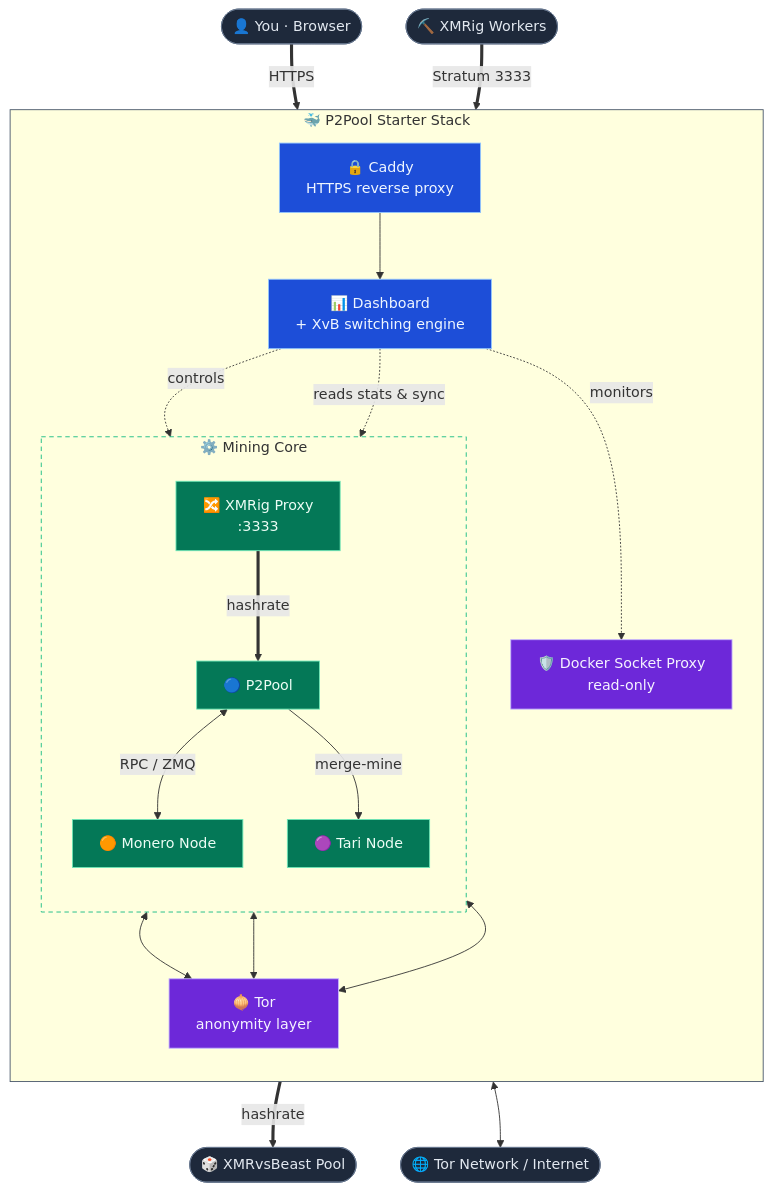
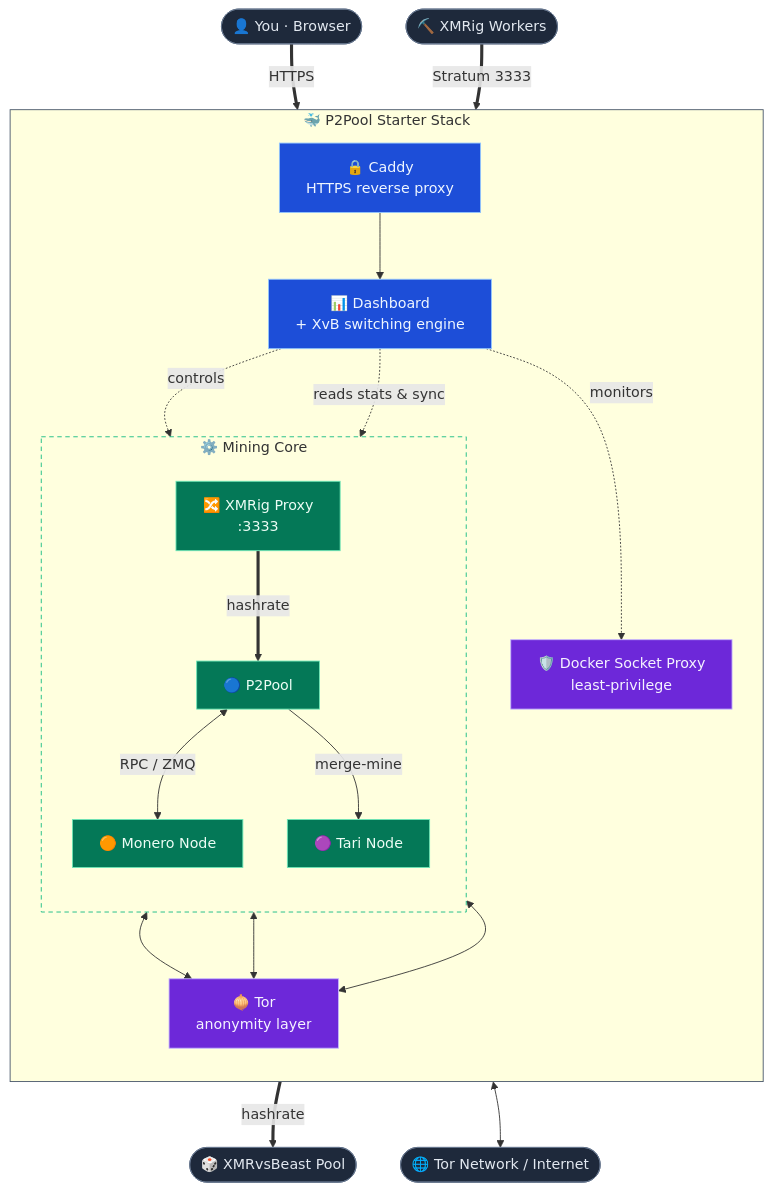
The diagram in README.md (p2pool-starter-stack/p2pool-starter-stack), drawn with Mermaid before and after one commit. The commit also changed other lines of this file and 23 other files, not shown here.

````diff
--- a/README.md
+++ b/README.md
@@ -93,57 +94,57 @@
 ```mermaid
 flowchart TB
     %% ── External actors ──
     You(["👤 You · Browser"])
     Workers(["⛏️ XMRig Workers"])
     XvB(["🎲 XMRvsBeast Pool"])
     Net(["🌐 Tor Network / Internet"])
 
     subgraph stack ["🐳 P2Pool Starter Stack"]
         direction TB
 
         Caddy["🔒 Caddy<br/>HTTPS reverse proxy"]
         Dashboard["📊 Dashboard<br/>+ XvB switching engine"]
-        DockerProxy["🛡️ Docker Socket Proxy<br/>read-only"]
+        DockerProxy["🛡️ Docker Socket Proxy<br/>least-privilege"]
         Tor["🧅 Tor<br/>anonymity layer"]
 
         subgraph core ["⚙️ Mining Core"]
             direction TB
             Proxy["🔀 XMRig Proxy<br/>:3333"]
             P2Pool["🔵 P2Pool"]
             Monerod["🟠 Monero Node"]
             Tari["🟣 Tari Node"]
         end
     end
 
     You ==>|HTTPS| Caddy
     Caddy --> Dashboard
     Workers ==>|"Stratum 3333"| Proxy
 
     Dashboard -.->|controls| Proxy
     Dashboard -.->|monitors| DockerProxy
     Dashboard -.->|"reads stats & sync"| core
 
     Proxy ==>|hashrate| P2Pool
     Proxy ==>|hashrate| XvB
 
     P2Pool <-->|"RPC / ZMQ"| Monerod
     P2Pool -->|merge-mine| Tari
 
     Monerod <--> Tor
     Tari <--> Tor
     P2Pool <--> Tor
     Tor <--> Net
 
     classDef ext fill:#1e293b,stroke:#64748b,color:#e2e8f0;
     classDef ctrl fill:#1d4ed8,stroke:#93c5fd,color:#eff6ff;
     classDef priv fill:#6d28d9,stroke:#c4b5fd,color:#f5f3ff;
     classDef mine fill:#047857,stroke:#6ee7b7,color:#ecfdf5;
 
     class You,Workers,XvB,Net ext;
     class Caddy,Dashboard ctrl;
     class Tor,DockerProxy priv;
     class Proxy,P2Pool,Monerod,Tari mine;
 
     style stack stroke:#475569,stroke-width:1px;
     style core stroke:#10b981,stroke-width:1px,stroke-dasharray:5 4;
 ```
````
